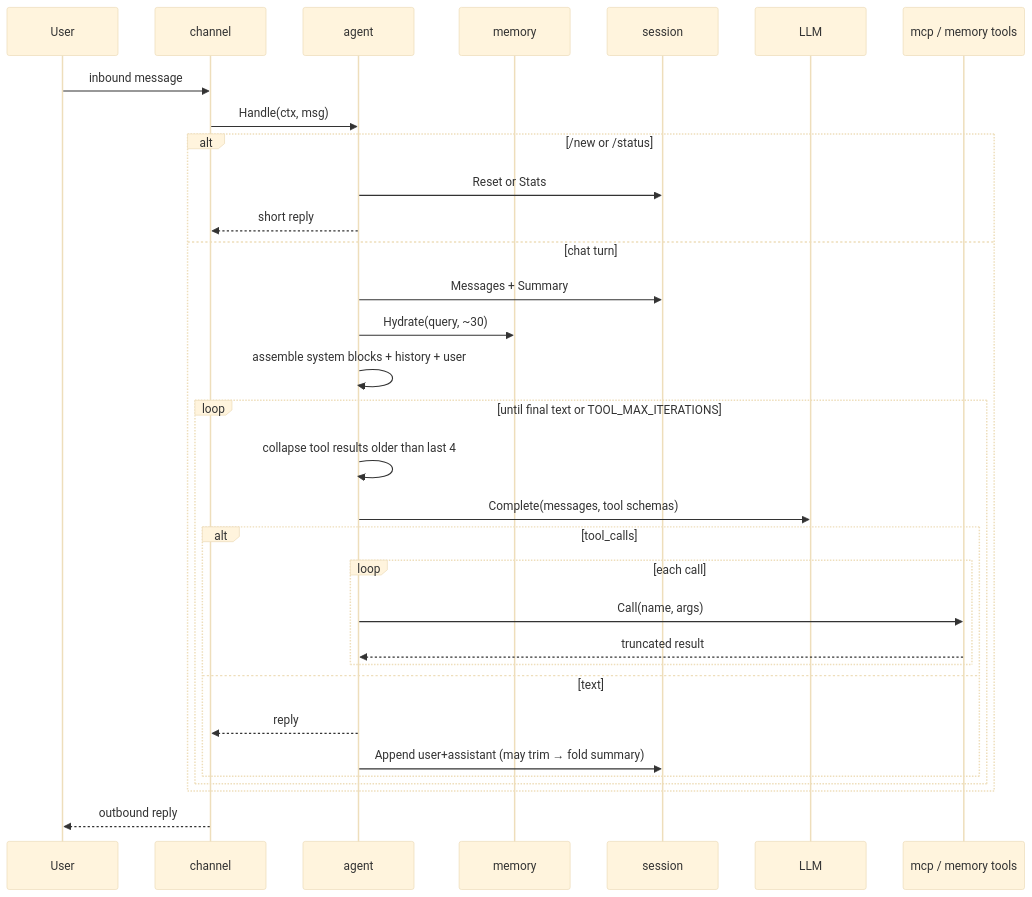
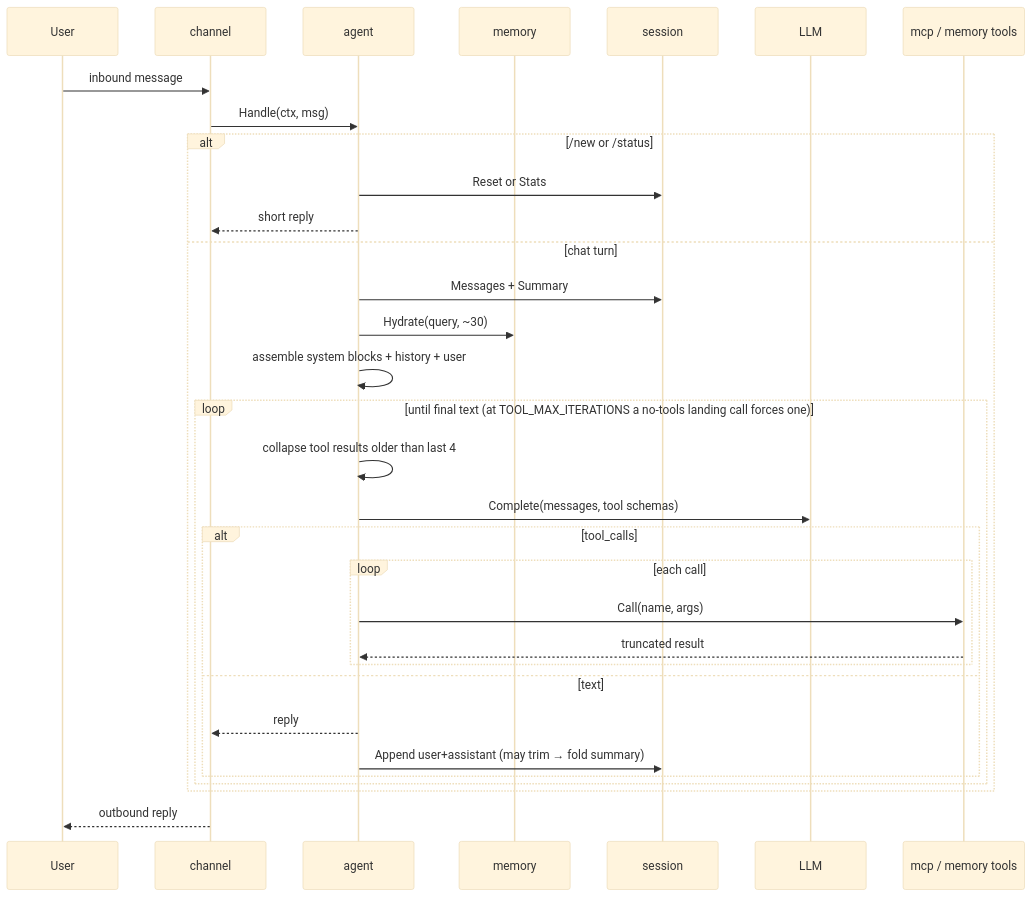
The fourth of 7 diagrams in docs/architecture.md (shotah/ai-gantry), drawn with Mermaid (base theme) before and after one commit. The commit also changed 37 other files, not shown here.

````diff
--- a/docs/architecture.md
+++ b/docs/architecture.md
@@ -113,35 +113,35 @@
 ```mermaid
 sequenceDiagram
   participant U as User
   participant Ch as channel
   participant A as agent
   participant M as memory
   participant S as session
   participant L as LLM
   participant T as mcp / memory tools
 
   U->>Ch: inbound message
   Ch->>A: Handle(ctx, msg)
   alt /new or /status
     A->>S: Reset or Stats
     A-->>Ch: short reply
   else chat turn
     A->>S: Messages + Summary
     A->>M: Hydrate(query, ~30)
     A->>A: assemble system blocks + history + user
-    loop until final text or TOOL_MAX_ITERATIONS
+    loop until final text (at TOOL_MAX_ITERATIONS a no-tools landing call forces one)
       A->>A: collapse tool results older than last 4
       A->>L: Complete(messages, tool schemas)
       alt tool_calls
         loop each call
           A->>T: Call(name, args)
           T-->>A: truncated result
         end
       else text
         A-->>Ch: reply
         A->>S: Append user+assistant (may trim → fold summary)
       end
     end
   end
   Ch-->>U: outbound reply
 ```
````
